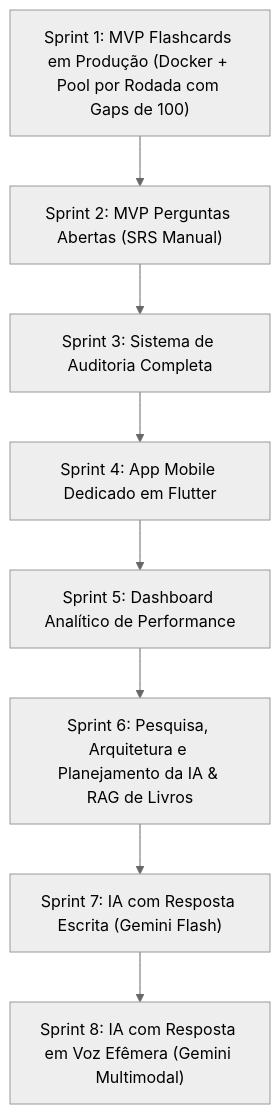
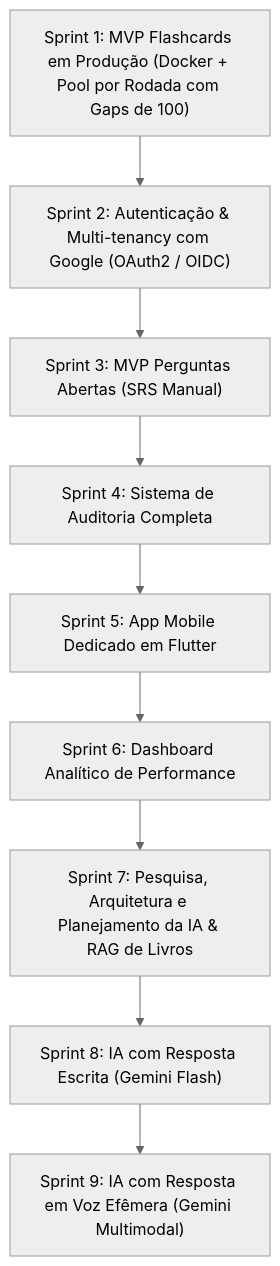
Before and after one commit to gabrielffreitas94-commits/study_reviewer: the fourth of 4 diagrams in PRD.md, drawn with Mermaid (neutral theme). The commit also changed other lines of this file and 2 other files, not shown here.

Commit message:
docs(roadmap): update PRD and ADRs with Sprint 2 Google Auth and 9-sprint timeline

````diff
--- a/PRD.md
+++ b/PRD.md
@@ -224,10 +224,11 @@
 ```mermaid
 flowchart TD
-    S1["Sprint 1: MVP Flashcards em Produção (Docker + Pool por Rodada com Gaps de 100)"] --> S2["Sprint 2: MVP Perguntas Abertas (SRS Manual)"]
-    S2 --> S3["Sprint 3: Sistema de Auditoria Completa"]
-    S3 --> S4["Sprint 4: App Mobile Dedicado em Flutter"]
-    S4 --> S5["Sprint 5: Dashboard Analítico de Performance"]
-    S5 --> S6["Sprint 6: Pesquisa, Arquitetura e Planejamento da IA & RAG de Livros"]
-    S6 --> S7["Sprint 7: IA com Resposta Escrita (Gemini Flash)"]
-    S7 --> S8["Sprint 8: IA com Resposta em Voz Efêmera (Gemini Multimodal)"]
+    S1["Sprint 1: MVP Flashcards em Produção (Docker + Pool por Rodada com Gaps de 100)"] --> S2["Sprint 2: Autenticação & Multi-tenancy com Google (OAuth2 / OIDC)"]
+    S2 --> S3["Sprint 3: MVP Perguntas Abertas (SRS Manual)"]
+    S3 --> S4["Sprint 4: Sistema de Auditoria Completa"]
+    S4 --> S5["Sprint 5: App Mobile Dedicado em Flutter"]
+    S5 --> S6["Sprint 6: Dashboard Analítico de Performance"]
+    S6 --> S7["Sprint 7: Pesquisa, Arquitetura e Planejamento da IA & RAG de Livros"]
+    S7 --> S8["Sprint 8: IA com Resposta Escrita (Gemini Flash)"]
+    S8 --> S9["Sprint 9: IA com Resposta em Voz Efêmera (Gemini Multimodal)"]
 ```
````
